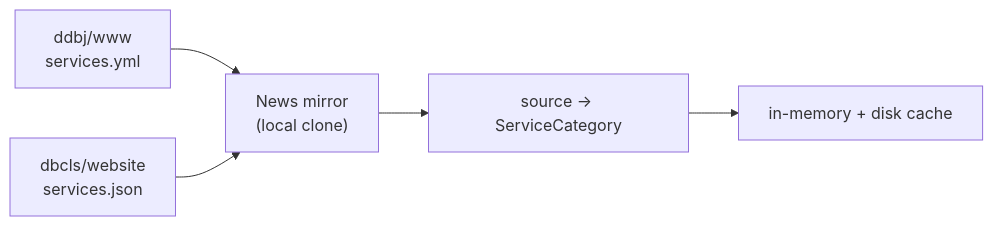
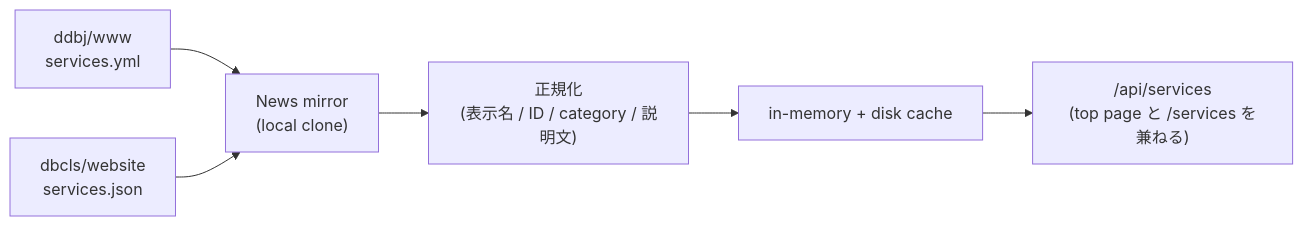
Before and after one commit to ddbj/db-portal: the diagram in docs/services.md, drawn with Mermaid. The commit also changed other lines of this file and 59 other files, not shown here.

````diff
--- a/docs/services.md
+++ b/docs/services.md
@@ -9,7 +9,8 @@
 ```mermaid
 flowchart LR
   DDBJ["ddbj/www<br/>services.yml"] --> Mirror["News mirror<br/>(local clone)"]
   DBCLS["dbcls/website<br/>services.json"] --> Mirror
-  Mirror --> Normalize["source → ServiceCategory"]
+  Mirror --> Normalize["正規化<br/>(表示名 / ID / category / 説明文)"]
   Normalize --> Cache["in-memory + disk cache"]
+  Cache --> API["/api/services<br/>(top page と /services を兼ねる)"]
 ```
````
